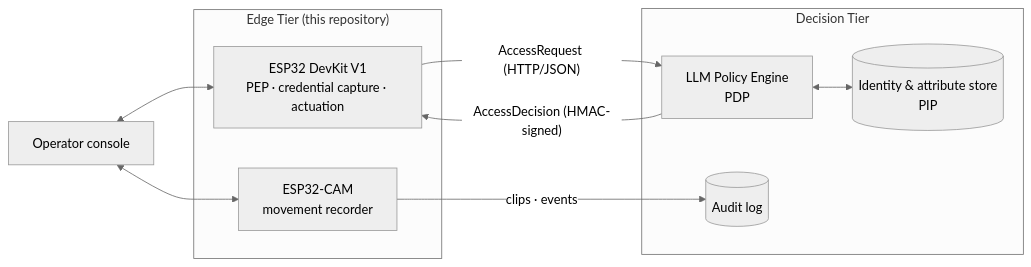
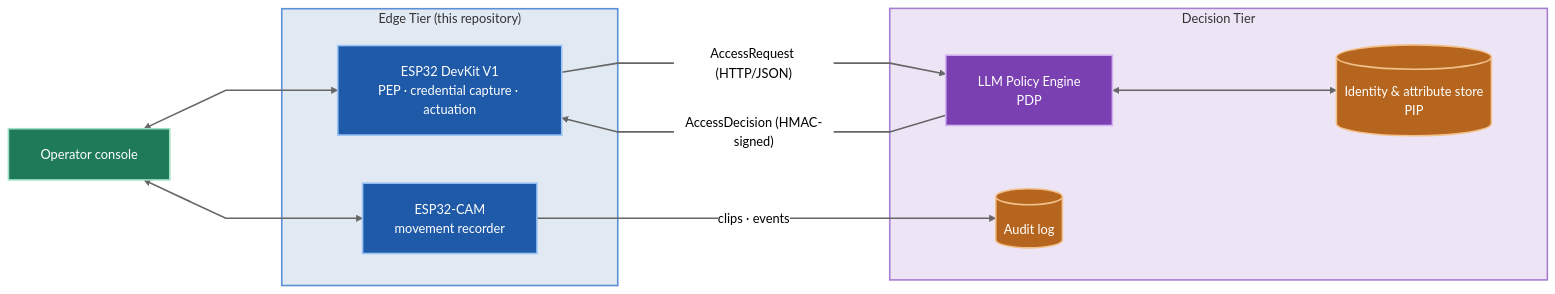
One commit to CICTHackathon/iot-hardware changed the first of 2 diagrams in README.md. Above: the diagram before and after it, drawn with Mermaid (neutral theme). The commit also changed other lines of this file, not shown here.

Commit message:
docs: restyle architecture and firmware diagrams

````diff
--- a/README.md
+++ b/README.md
@@ -32,22 +32,36 @@
 ```mermaid
+%%{init: {"flowchart": {"curve": "linear", "nodeSpacing": 60, "rankSpacing": 140, "padding": 20}}}%%
 flowchart LR
     subgraph Edge["Edge Tier (this repository)"]
         A["ESP32 DevKit V1<br/>PEP · credential capture · actuation"]
         C["ESP32-CAM<br/>movement recorder"]
     end
 
     subgraph Cloud["Decision Tier"]
         P["LLM Policy Engine<br/>PDP"]
         D[("Identity & attribute store<br/>PIP")]
         L[("Audit log")]
     end
 
     W["Operator console"]
 
     A -- "AccessRequest (HTTP/JSON)" --> P
     P -- "AccessDecision (HMAC-signed)" --> A
     C -- "clips · events" --> L
     W <--> A
     W <--> C
-    P <--> D
+    P <---> D
+
+    classDef edge     fill:#1e5aa8,stroke:#9cc3f5,stroke-width:2px,color:#ffffff
+    classDef decision fill:#7a3fb0,stroke:#d4b3f2,stroke-width:2px,color:#ffffff
+    classDef store    fill:#b5651d,stroke:#f2c08a,stroke-width:2px,color:#ffffff
+    classDef operator fill:#1f7a5a,stroke:#9fe0c4,stroke-width:2px,color:#ffffff
+    class A,C edge
+    class P decision
+    class D,L store
+    class W operator
+
+    style Edge  fill:#1e5aa822,stroke:#5b8fd6,stroke-width:2px
+    style Cloud fill:#7a3fb022,stroke:#a77fd0,stroke-width:2px
+    linkStyle default stroke-width:2px
 ```
````
